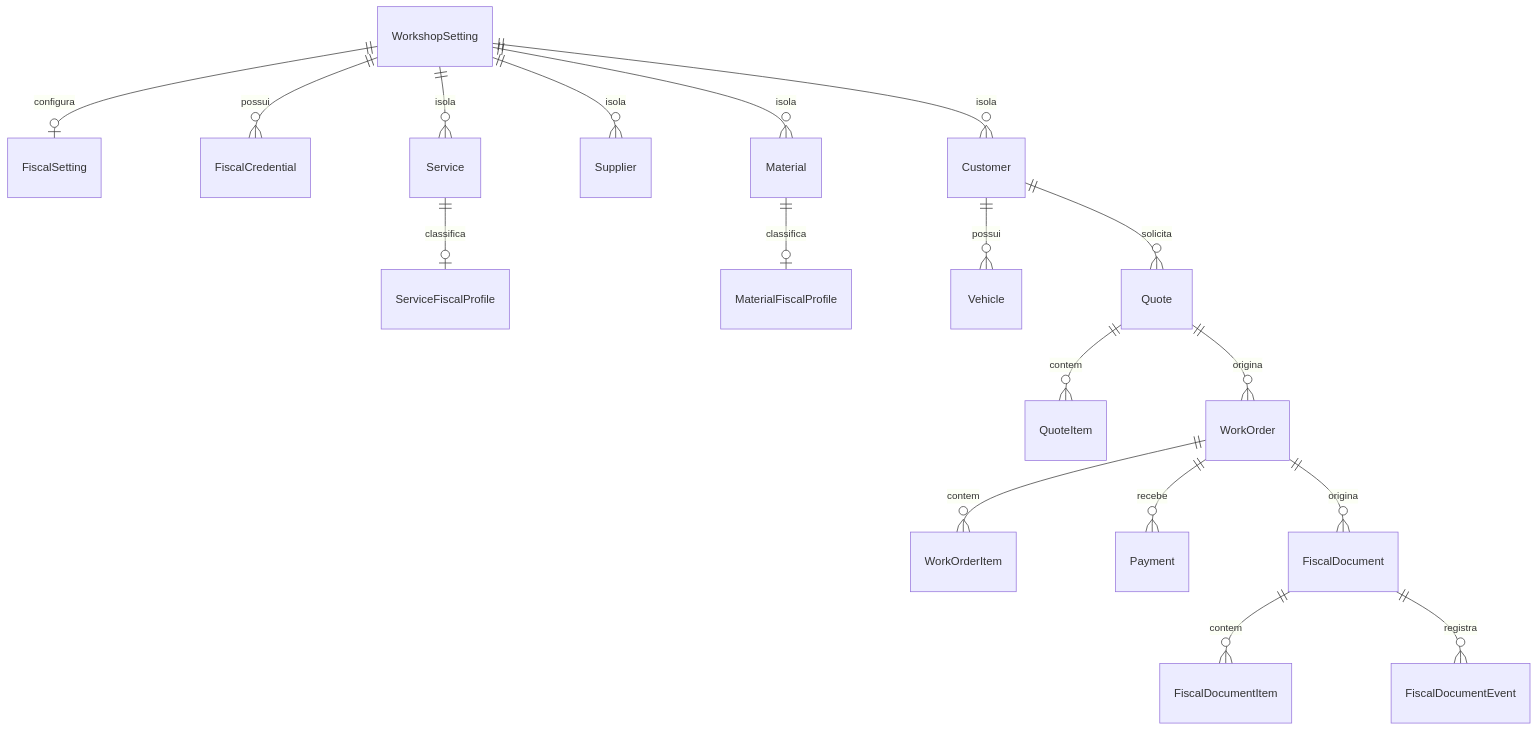
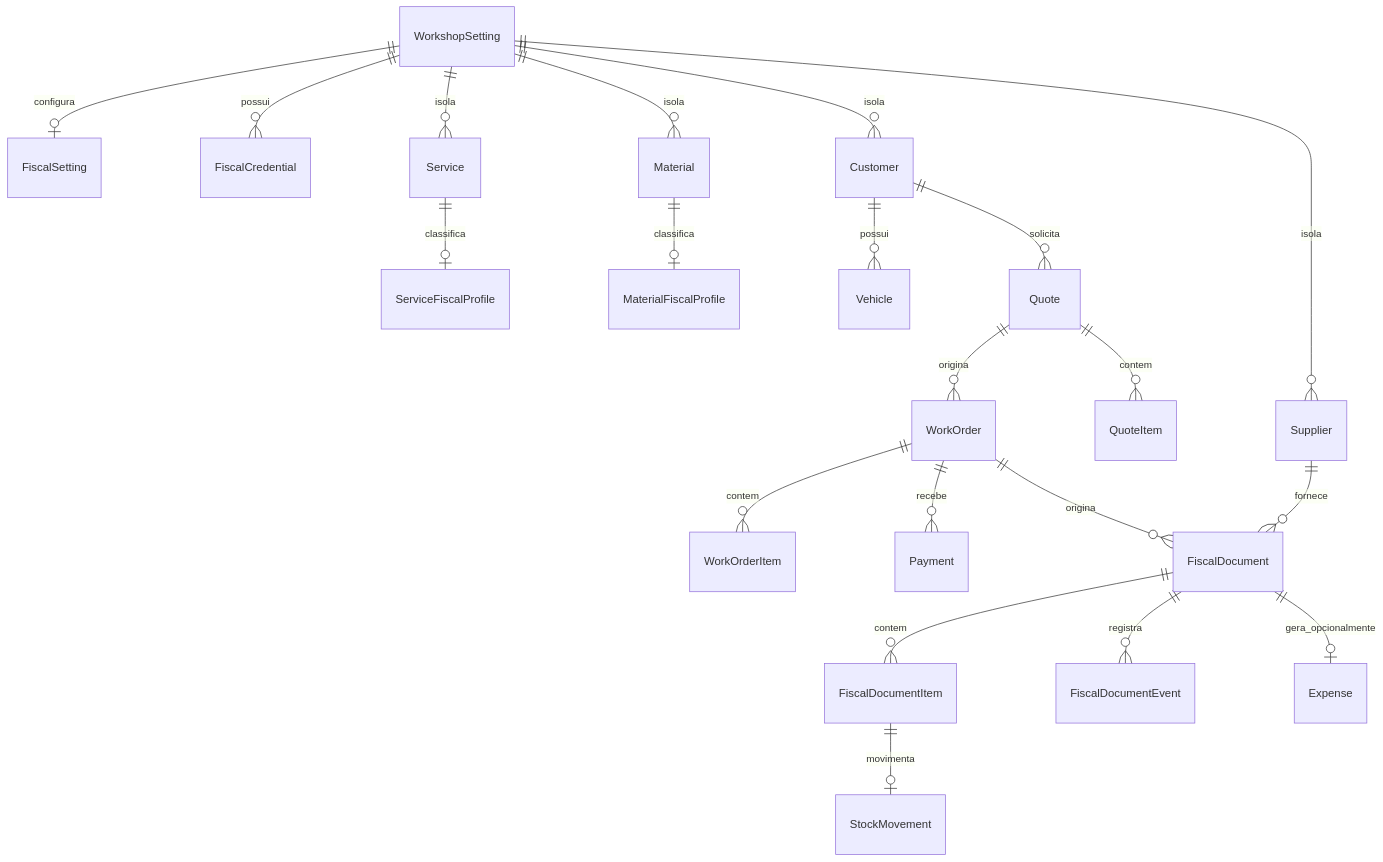
The diagram in docs/ARQUITETURA-FISCAL.md (FelipeCaju/reviso), drawn with Mermaid before and after one commit. The commit also changed other lines of this file and 25 other files, not shown here.

````diff
--- a/docs/ARQUITETURA-FISCAL.md
+++ b/docs/ARQUITETURA-FISCAL.md
@@ -47,20 +49,23 @@
 ```mermaid
 erDiagram
   WorkshopSetting ||--o| FiscalSetting : configura
   WorkshopSetting ||--o{ FiscalCredential : possui
   WorkshopSetting ||--o{ Customer : isola
   WorkshopSetting ||--o{ Supplier : isola
   WorkshopSetting ||--o{ Service : isola
   WorkshopSetting ||--o{ Material : isola
   Service ||--o| ServiceFiscalProfile : classifica
   Material ||--o| MaterialFiscalProfile : classifica
   Customer ||--o{ Vehicle : possui
   Customer ||--o{ Quote : solicita
   Quote ||--o{ QuoteItem : contem
   Quote ||--o{ WorkOrder : origina
   WorkOrder ||--o{ WorkOrderItem : contem
   WorkOrder ||--o{ Payment : recebe
   WorkOrder ||--o{ FiscalDocument : origina
+  Supplier ||--o{ FiscalDocument : fornece
   FiscalDocument ||--o{ FiscalDocumentItem : contem
   FiscalDocument ||--o{ FiscalDocumentEvent : registra
+  FiscalDocumentItem ||--o| StockMovement : movimenta
+  FiscalDocument ||--o| Expense : gera_opcionalmente
 ```
````
